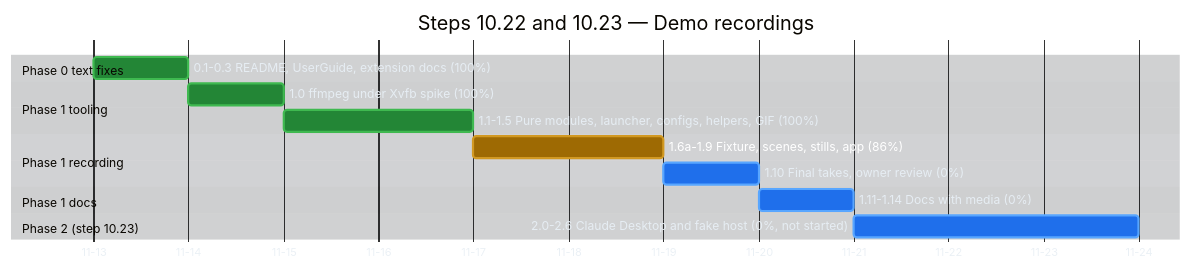
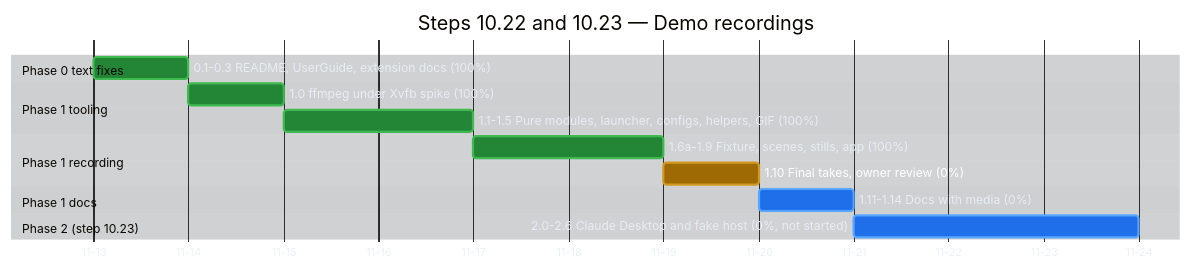
The second of 4 diagrams in docs/implementation-plan-gantt.md (raulkivi/agent-cost-analyzer), drawn with Mermaid before and after one commit. The commit also changed other lines of this file and 1 other file, not shown here.

````diff
--- a/docs/implementation-plan-gantt.md
+++ b/docs/implementation-plan-gantt.md
@@ -135,51 +135,51 @@
 ```mermaid
 %%{init: {
   "theme": "base",
   "themeVariables": {
     "darkMode": true,
     "background": "#0d1117",
     "textColor": "#e6edf3",
     "primaryTextColor": "#e6edf3",
     "lineColor": "#8b949e",
     "sectionBkgColor": "#161b22",
     "sectionBkgColor2": "#1c2129",
     "altSectionBkgColor": "#0d1117",
     "gridColor": "#30363d",
     "excludeBkgColor": "#161b22",
     "todayLineColor": "#f85149",
     "taskBkgColor": "#1f6feb",
     "taskBorderColor": "#58a6ff",
     "taskTextColor": "#ffffff",
     "taskTextLightColor": "#ffffff",
     "taskTextDarkColor": "#ffffff",
     "taskTextOutsideColor": "#e6edf3",
     "doneTaskBkgColor": "#238636",
     "doneTaskBorderColor": "#3fb950",
     "activeTaskBkgColor": "#9e6a03",
     "activeTaskBorderColor": "#d29922",
     "critBkgColor": "#da3633",
     "critBorderColor": "#f85149"
   }
 }}%%
 gantt
     title Steps 10.22 and 10.23 — Demo recordings
     dateFormat YYYY-MM-DD
     axisFormat %m-%d
 
     section Phase 0 text fixes
     0.1-0.3 README, UserGuide, extension docs (100%) :done, d0, 2026-11-13, 1d
 
     section Phase 1 tooling
     1.0 ffmpeg under Xvfb spike (100%)              :done, d10, after d0, 1d
     1.1-1.5 Pure modules, launcher, configs, helpers, GIF (100%) :done, d11, after d10, 2d
 
     section Phase 1 recording
-    1.6a-1.9 Fixture, scenes, stills, app (86%)     :active, d16, after d11, 2d
-    1.10 Final takes, owner review (0%)            :d110, after d16, 1d
+    1.6a-1.9 Fixture, scenes, stills, app (100%)    :done, d16, after d11, 2d
+    1.10 Final takes, owner review (0%)            :active, d110, after d16, 1d
 
     section Phase 1 docs
     1.11-1.14 Docs with media (0%)                 :d111, after d110, 1d
 
     section Phase 2 (step 10.23)
     2.0-2.6 Claude Desktop and fake host (0%, not started) :d20, after d111, 3d
 ```
````
